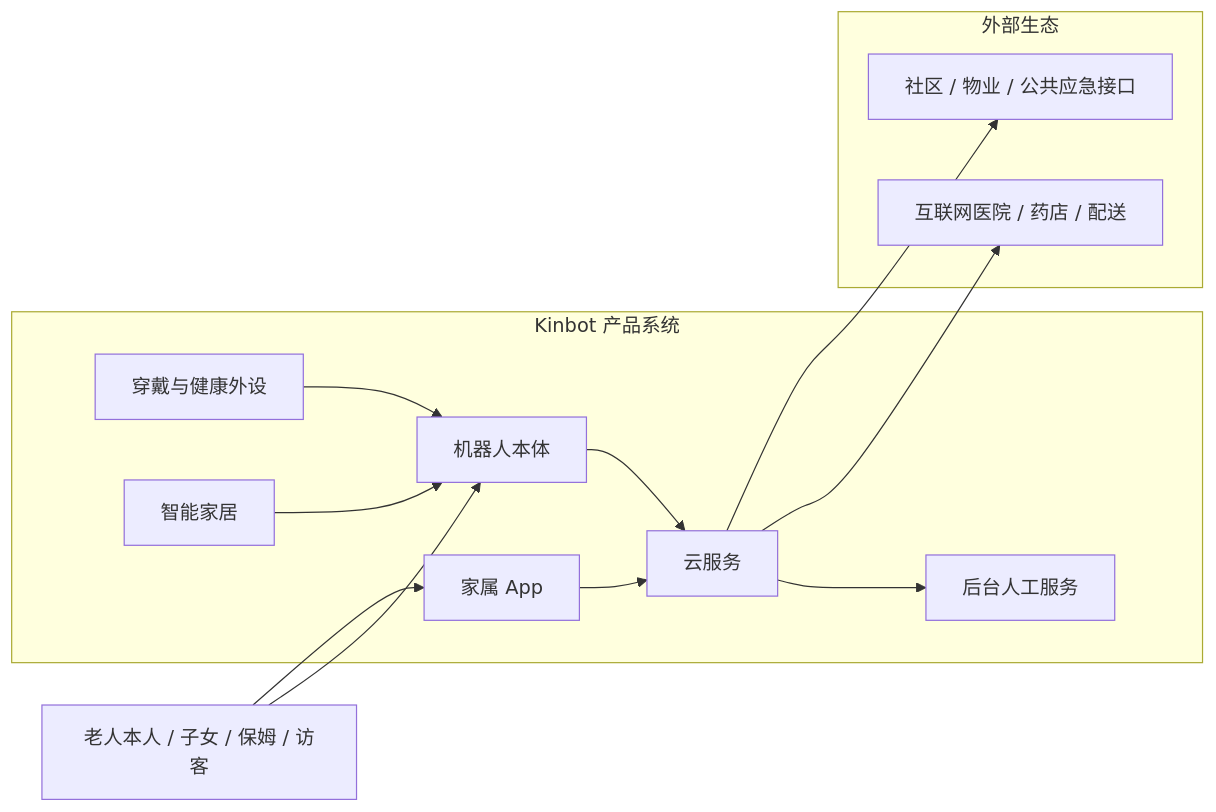
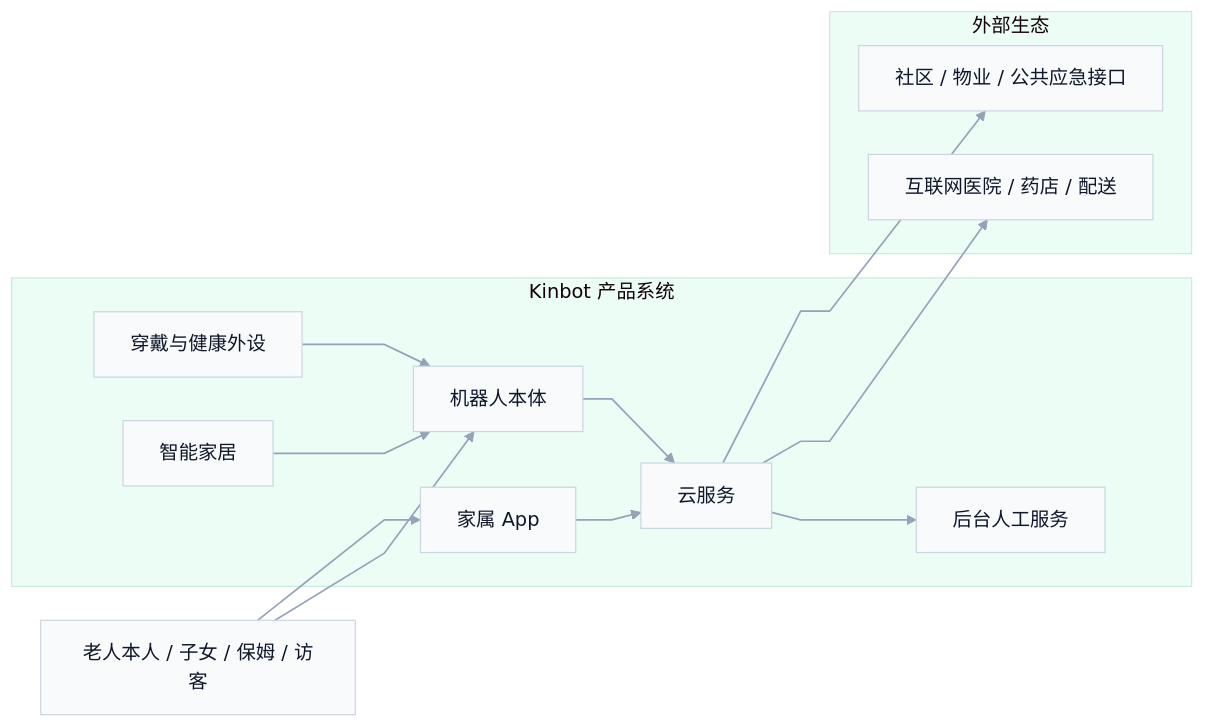
Before and after one commit to hlm12348765/Kinbot_OODA: the first of 6 diagrams in docs/02_p1_architecture/02_pdcp_system_architecture_review_package.md, drawn with Mermaid. The commit also changed 1 other file, not shown here.

Commit message:
docs: update pdcp visuals and add candidate assessment

````diff
--- a/docs/02_p1_architecture/02_pdcp_system_architecture_review_package.md
+++ b/docs/02_p1_architecture/02_pdcp_system_architecture_review_package.md
@@ -52,28 +52,35 @@
 ```mermaid
+%%{init: {'theme':'base','themeVariables':{'background':'#FFFFFF','primaryColor':'#F8FAFC','primaryTextColor':'#0F172A','primaryBorderColor':'#CBD5E1','lineColor':'#94A3B8','secondaryColor':'#EEF2FF','tertiaryColor':'#ECFDF5','fontFamily':'PingFang SC, Microsoft YaHei, Inter, sans-serif'},'flowchart':{'curve':'linear','nodeSpacing':36,'rankSpacing':48,'diagramPadding':8,'htmlLabels':true}}}%%
 flowchart LR
     U[老人本人 / 子女 / 保姆 / 访客]
 
     subgraph PS[Kinbot 产品系统]
         R[机器人本体]
         W[穿戴与健康外设]
         A[家属 App]
         C[云服务]
         O[后台人工服务]
         H[智能家居]
     end
 
     subgraph EX[外部生态]
         M[互联网医院 / 药店 / 配送]
         P[社区 / 物业 / 公共应急接口]
     end
 
     U --> R
     U --> A
     W --> R
     H --> R
     R --> C
     A --> C
     C --> O
     C --> M
     C --> P
+    
+    classDef core fill:#EEF2FF,stroke:#6366F1,color:#0F172A,stroke-width:1.4px;
+    classDef mgmt fill:#F8FAFC,stroke:#64748B,color:#0F172A,stroke-width:1.2px;
+    classDef eng fill:#ECFDF5,stroke:#10B981,color:#0F172A,stroke-width:1.2px;
+    classDef result fill:#FFF7ED,stroke:#F59E0B,color:#0F172A,stroke-width:1.3px;
+    linkStyle default stroke:#94A3B8,stroke-width:1.4px;
 ```
````
